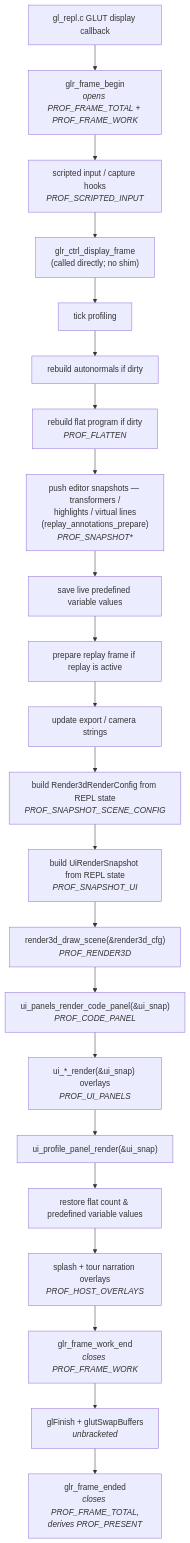
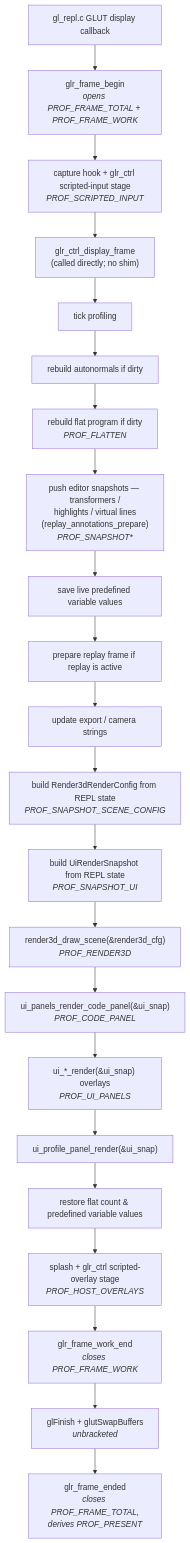
One commit to drewwoods/gl-repl changed the first of 2 diagrams in docs/ARCHITECTURE.md. Above: the diagram before and after it, drawn with Mermaid. The commit also changed other lines of this file and 15 other files, not shown here.

````diff
--- a/docs/ARCHITECTURE.md
+++ b/docs/ARCHITECTURE.md
@@ -131,24 +131,24 @@
 ```mermaid
 flowchart TD
     cb["gl_repl.c GLUT display callback"] --> fb["glr_frame_begin<br/><i>opens PROF_FRAME_TOTAL + PROF_FRAME_WORK</i>"]
-    fb --> si["scripted input / capture hooks<br/><i>PROF_SCRIPTED_INPUT</i>"]
+    fb --> si["capture hook + glr_ctrl scripted-input stage<br/><i>PROF_SCRIPTED_INPUT</i>"]
     si --> frame["glr_ctrl_display_frame<br/>(called directly; no shim)"]
     frame --> s1["tick profiling"]
     s1 --> s2["rebuild autonormals if dirty"]
     s2 --> s3["rebuild flat program if dirty<br/><i>PROF_FLATTEN</i>"]
     s3 --> s4["push editor snapshots — transformers /<br/>highlights / virtual lines<br/>(replay_annotations_prepare)<br/><i>PROF_SNAPSHOT*</i>"]
     s4 --> s5["save live predefined variable values"]
     s5 --> s6["prepare replay frame if replay is active"]
     s6 --> s7["update export / camera strings"]
     s7 --> s8["build Render3dRenderConfig from REPL state<br/><i>PROF_SNAPSHOT_SCENE_CONFIG</i>"]
     s8 --> s9["build UiRenderSnapshot from REPL state<br/><i>PROF_SNAPSHOT_UI</i>"]
     s9 --> s10["render3d_draw_scene(&render3d_cfg)<br/><i>PROF_RENDER3D</i>"]
     s10 --> s11["ui_panels_render_code_panel(&ui_snap)<br/><i>PROF_CODE_PANEL</i>"]
     s11 --> s12["ui_*_render(&ui_snap) overlays<br/><i>PROF_UI_PANELS</i>"]
     s12 --> s13["ui_profile_panel_render(&ui_snap)"]
     s13 --> s14["restore flat count & predefined variable values"]
-    s14 --> h1["splash + tour narration overlays<br/><i>PROF_HOST_OVERLAYS</i>"]
+    s14 --> h1["splash + glr_ctrl scripted-overlay stage<br/><i>PROF_HOST_OVERLAYS</i>"]
     h1 --> fe["glr_frame_work_end<br/><i>closes PROF_FRAME_WORK</i>"]
     fe --> h2["glFinish + glutSwapBuffers<br/><i>unbracketed</i>"]
     h2 --> fx["glr_frame_ended<br/><i>closes PROF_FRAME_TOTAL,<br/>derives PROF_PRESENT</i>"]
 ```
````
